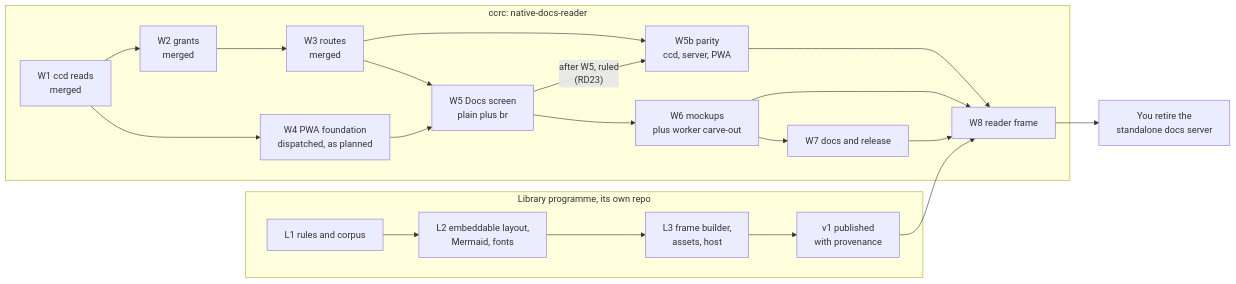
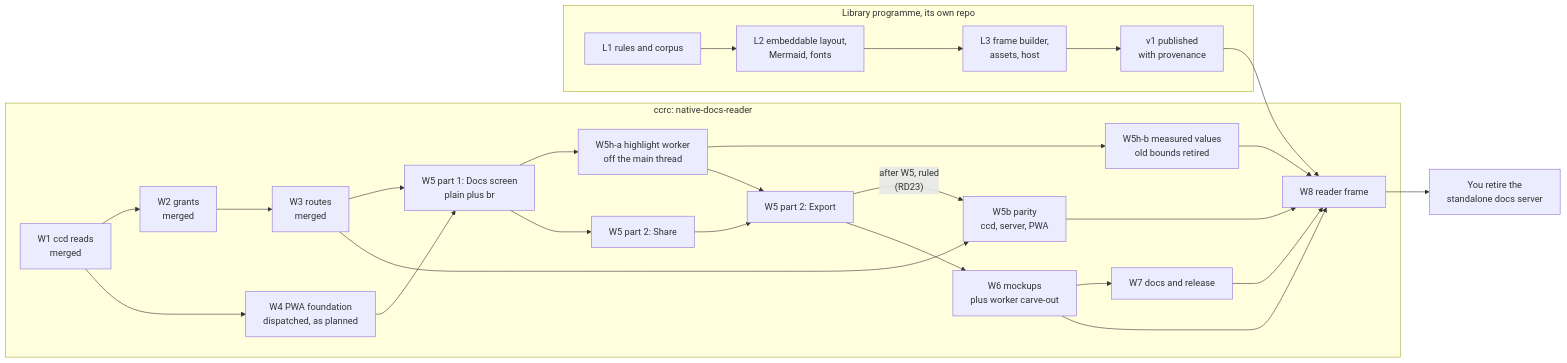
The third of 4 diagrams in docs/superpowers/specs/2026-10-12-rich-docs-reader-and-shared-renderer-design.md (Synapsium-Labs/ccrc-pwa), drawn with Mermaid before and after one commit. The commit also changed other lines of this file and 2 other files, not shown here.

First line of the commit message:
docs(native-docs-reader): W5h, highlighting moves off the main thread (spec amendment) (#414)

````diff
--- a/docs/superpowers/specs/2026-10-12-rich-docs-reader-and-shared-renderer-design.md
+++ b/docs/superpowers/specs/2026-10-12-rich-docs-reader-and-shared-renderer-design.md
@@ -608,20 +611,26 @@
 ```mermaid
 flowchart LR
   subgraph NDR["ccrc: native-docs-reader"]
     W1["W1 ccd reads<br/>merged"] --> W2["W2 grants<br/>merged"] --> W3["W3 routes<br/>merged"]
     W1 --> W4["W4 PWA foundation<br/>dispatched, as planned"]
-    W3 --> W5["W5 Docs screen<br/>plain plus br"]
+    W3 --> W5["W5 part 1: Docs screen<br/>plain plus br"]
     W4 --> W5
+    W5 --> W5h["W5h-a highlight worker<br/>off the main thread"]
+    W5h --> W5hb["W5h-b measured values<br/>old bounds retired"]
+    W5hb --> W8
+    W5 --> W5s["W5 part 2: Share"]
+    W5h --> W5e["W5 part 2: Export"]
+    W5s --> W5e
     W3 --> W5b["W5b parity<br/>ccd, server, PWA"]
-    W5 -->|"after W5, ruled<br/>(RD23)"| W5b
-    W5 --> W6["W6 mockups<br/>plus worker carve-out"] --> W7["W7 docs and release"]
+    W5e -->|"after W5, ruled<br/>(RD23)"| W5b
+    W5e --> W6["W6 mockups<br/>plus worker carve-out"] --> W7["W7 docs and release"]
     W5b --> W8["W8 reader frame"]
     W6 --> W8
     W7 --> W8
   end
   subgraph LIBP["Library programme, its own repo"]
     LA["L1 rules and corpus"] --> LB["L2 embeddable layout,<br/>Mermaid, fonts"] --> LC["L3 frame builder,<br/>assets, host"] --> V1["v1 published<br/>with provenance"]
   end
   V1 --> W8
   W8 --> RET["You retire the<br/>standalone docs server"]
 ```
````
